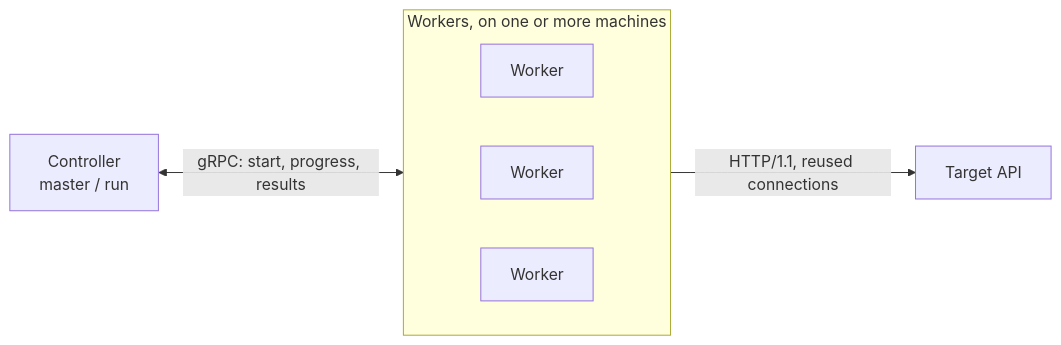
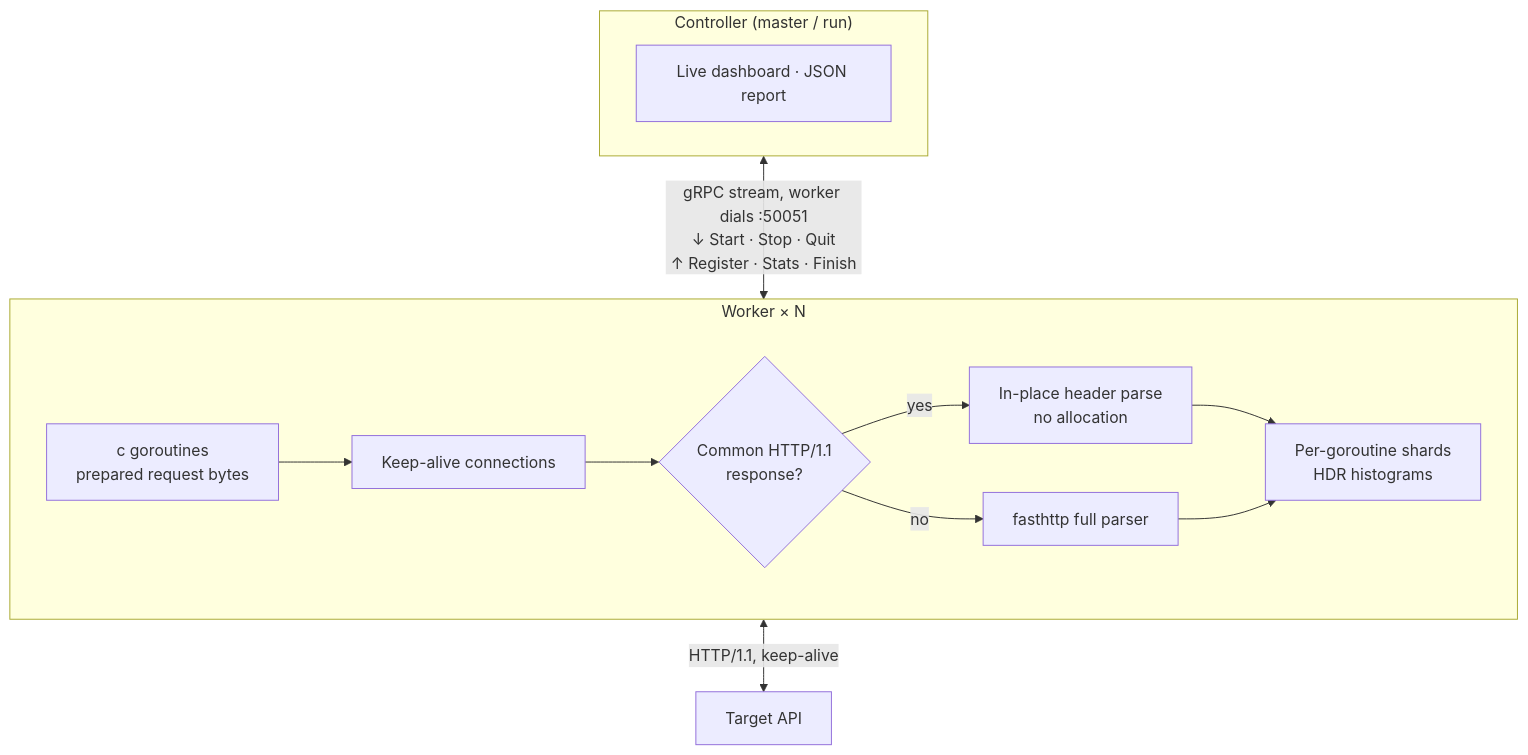
The diagram in README.md (ryokotaka/SwarmGo), drawn with Mermaid before and after one commit. The commit also changed other lines of this file, not shown here.

Commit message:
Show the worker internals in the architecture diagram
The diagram now shows the single gRPC stream the worker dials to the
controller, the messages in each direction, and the worker's request
path: goroutine pool, keep-alive connections, the in-place header parse
with its fasthttp fallback, and per-goroutine HDR histogram shards.

````diff
--- a/README.md
+++ b/README.md
@@ -132,13 +132,17 @@
 ```mermaid
-flowchart LR
-    C["Controller<br/>master / run"]
-    subgraph W ["Workers, on one or more machines"]
+flowchart TB
+    subgraph C ["Controller (master / run)"]
+        UI["Live dashboard · JSON report"]
+    end
+    subgraph W ["Worker × N"]
         direction LR
-        W1[Worker]
-        W2[Worker]
-        W3[Worker]
+        P["c goroutines<br/>prepared request bytes"] --> K["Keep-alive connections"]
+        K --> Q{"Common HTTP/1.1<br/>response?"}
+        Q -->|yes| F["In-place header parse<br/>no allocation"]
+        Q -->|no| X["fasthttp full parser"]
+        F --> S["Per-goroutine shards<br/>HDR histograms"]
+        X --> S
     end
-    A[Target API]
-    C <-->|"gRPC: start, progress, results"| W
-    W -->|"HTTP/1.1, reused connections"| A
+    C <-->|"gRPC stream, worker dials :50051<br/>↓ Start · Stop · Quit<br/>↑ Register · Stats · Finish"| W
+    W <-->|"HTTP/1.1, keep-alive"| A[Target API]
 ```
````
